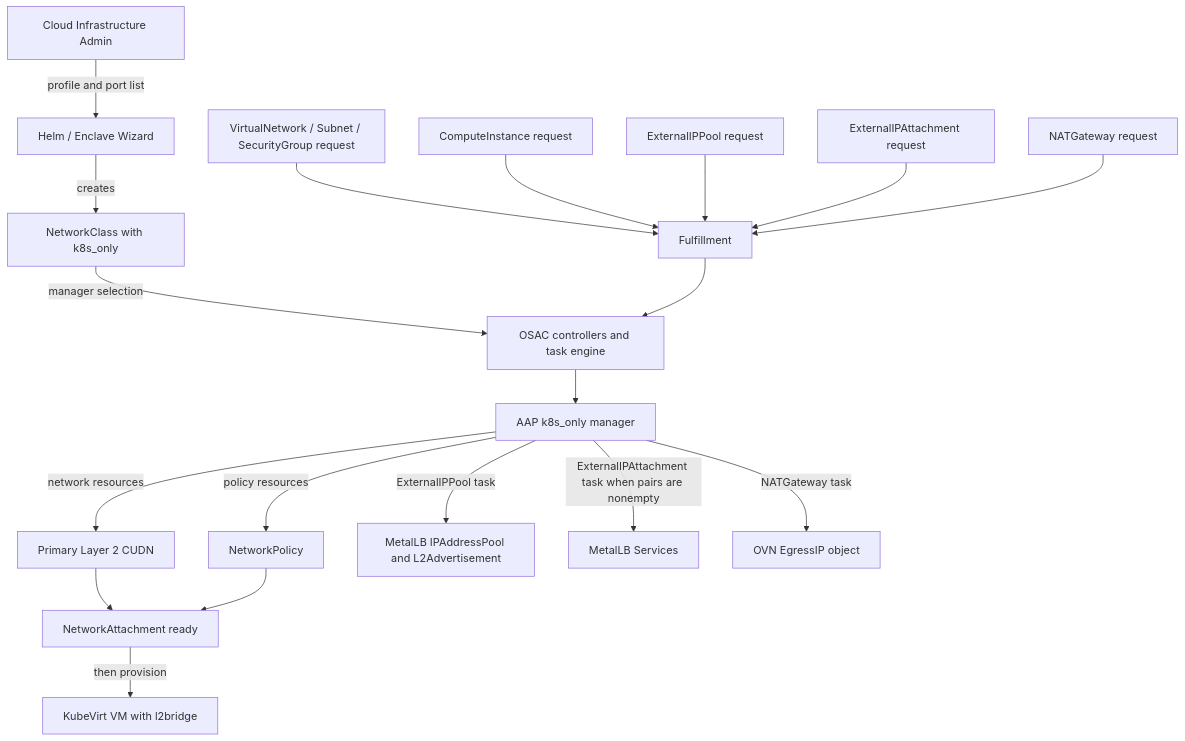
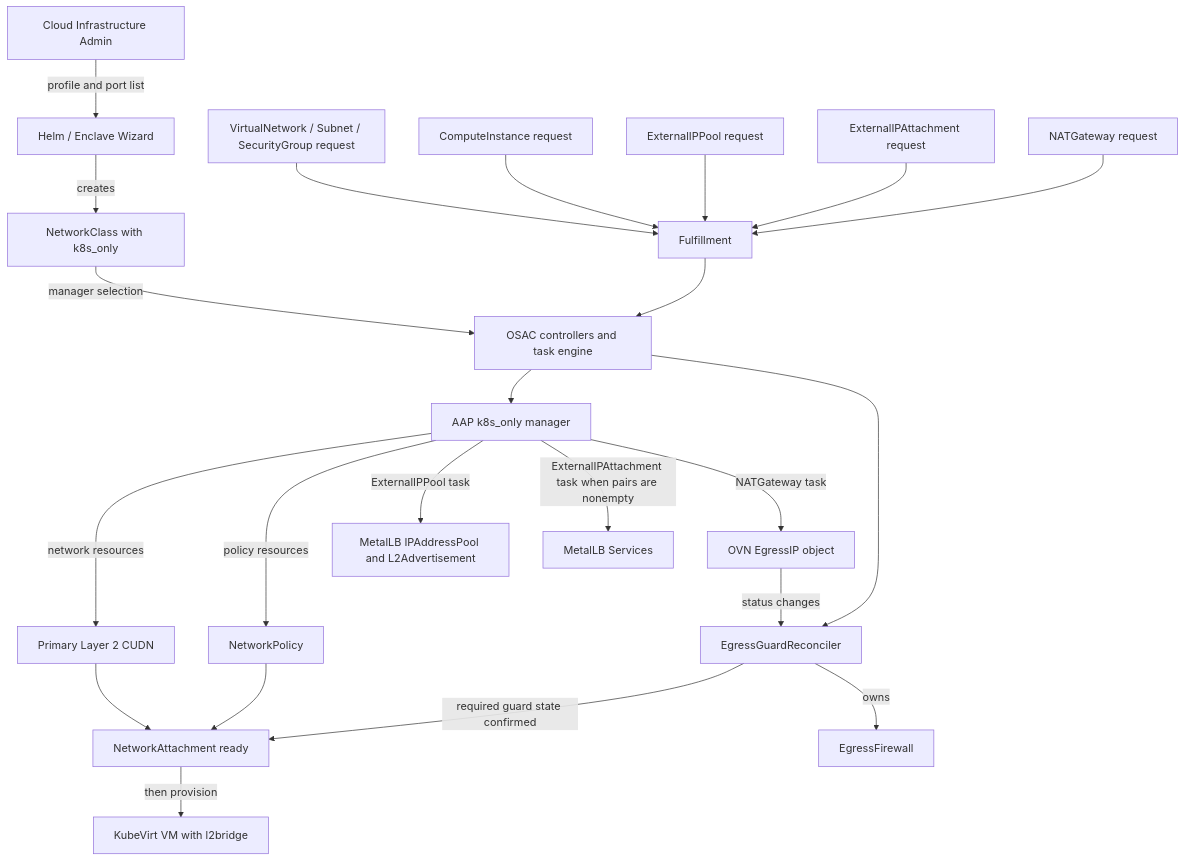
Before and after one commit to osac-project/enhancement-proposals: the first of 2 diagrams in enhancements/OSAC-7436-kubernetes-only-k8s-manager-networking/design.md, drawn with Mermaid. The commit also changed other lines of this file and 5 other files, not shown here.

````diff
--- a/enhancements/OSAC-7436-kubernetes-only-k8s-manager-networking/design.md
+++ b/enhancements/OSAC-7436-kubernetes-only-k8s-manager-networking/design.md
@@ -47,21 +47,25 @@
 ```mermaid
 flowchart TD
   Admin[Cloud Infrastructure Admin] -->|profile and port list| Installer[Helm / Enclave Wizard]
   Installer -->|creates| NC[NetworkClass with k8s_only]
   NC -->|manager selection| Operator
   VNetRequest[VirtualNetwork / Subnet / SecurityGroup request] --> Fulfillment
   VMRequest[ComputeInstance request] --> Fulfillment
   PoolRequest[ExternalIPPool request] --> Fulfillment
   AttachRequest[ExternalIPAttachment request] --> Fulfillment
   NATRequest[NATGateway request] --> Fulfillment
   Fulfillment --> Operator[OSAC controllers and task engine]
   Operator --> Manager[AAP k8s_only manager]
+  Operator --> Guard[EgressGuardReconciler]
   Manager -->|network resources| CUDN[Primary Layer 2 CUDN]
   Manager -->|policy resources| Policy[NetworkPolicy]
   CUDN --> NetworkAttachment[NetworkAttachment ready]
   Policy --> NetworkAttachment
+  Guard -->|required guard state confirmed| NetworkAttachment
   NetworkAttachment -->|then provision| VM[KubeVirt VM with l2bridge]
   Manager -->|ExternalIPPool task| Pool[MetalLB IPAddressPool and L2Advertisement]
   Manager -->|ExternalIPAttachment task when pairs are nonempty| Services[MetalLB Services]
   Manager -->|NATGateway task| EIP[OVN EgressIP object]
+  EIP -->|status changes| Guard
+  Guard -->|owns| EgressFirewall[EgressFirewall]
 ```
````
